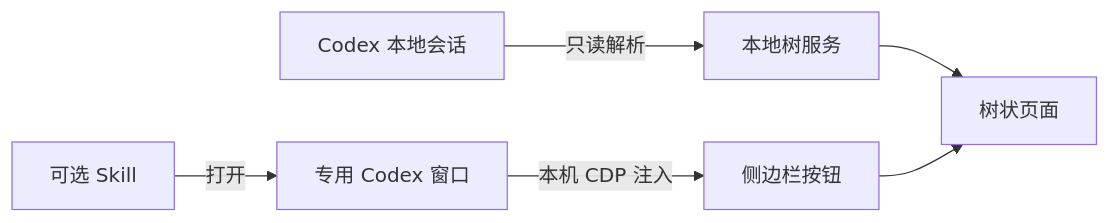
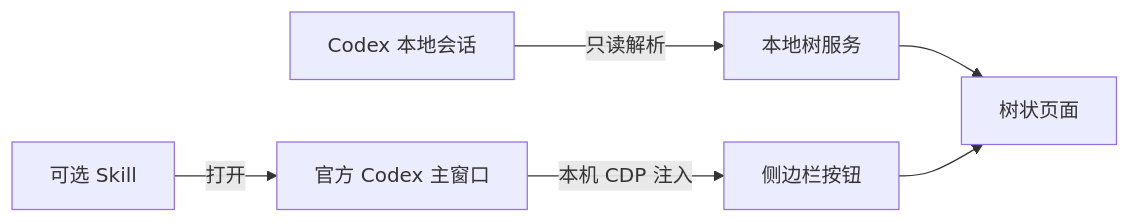
One commit to ad08642222/codex-conversation-tree changed the diagram in README.md. Above: the diagram before and after it, drawn with Mermaid. The commit also changed other lines of this file and 17 other files, not shown here.

````diff
--- a/README.md
+++ b/README.md
@@ -53,8 +54,8 @@
 ```mermaid
 flowchart LR
   A["Codex 本地会话"] -->|"只读解析"| B["本地树服务"]
   B --> C["树状页面"]
-  D["专用 Codex 窗口"] -->|"本机 CDP 注入"| E["侧边栏按钮"]
+  D["官方 Codex 主窗口"] -->|"本机 CDP 注入"| E["侧边栏按钮"]
   E --> C
   F["可选 Skill"] -->|"打开"| D
 ```
````
